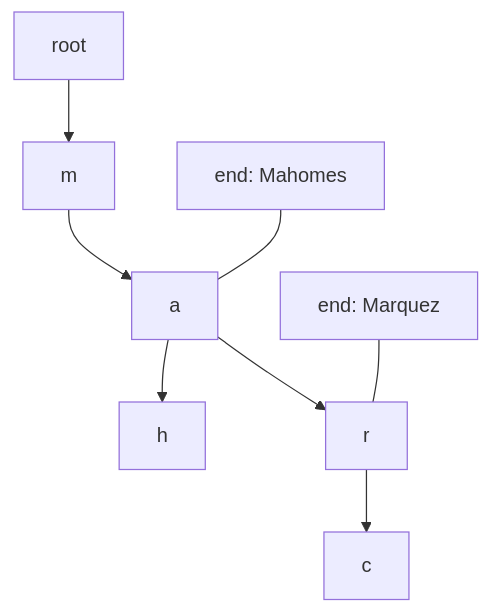
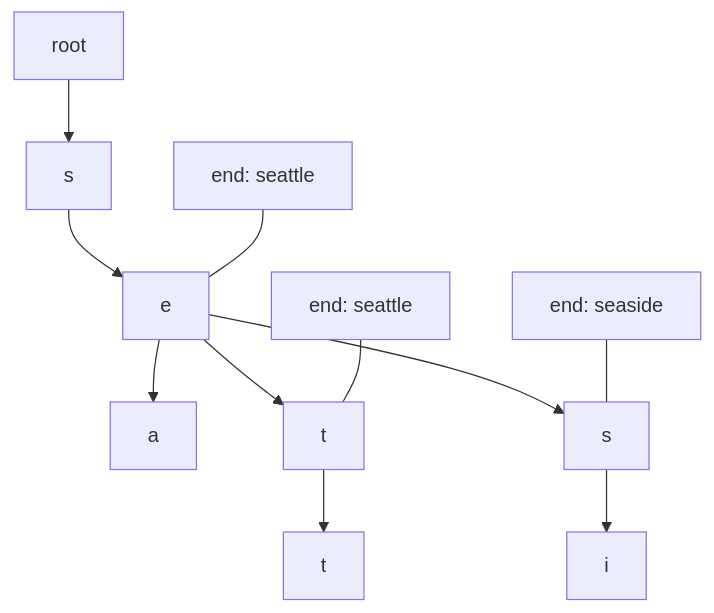
Before and after one commit to qgjones9/python-programming-guide: the first of 8 diagrams in docs/dsa/data-structures/tries/index.md, drawn with Mermaid. The commit also changed other lines of this file and 29 other files, not shown here.

````diff
--- a/docs/dsa/data-structures/tries/index.md
+++ b/docs/dsa/data-structures/tries/index.md
@@ -30,11 +30,14 @@
 ```mermaid
 flowchart TB
   R["root"]
-  R --> M["m"]
-  M --> A["a"]
-  A --> H["h"]
-  AH["end: Mahomes"] --- A
-  A --> R2["r"]
-  R2 --> C["c"]
-  RC["end: Marquez"] --- R2
+  R --> S["s"]
+  S --> E["e"]
+  E --> A["a"]
+  EA["end: seattle"] --- E
+  E --> T["t"]
+  T --> T2["t"]
+  TT["end: seattle"] --- T
+  E --> S2["s"]
+  S2 --> I["i"]
+  SI["end: seaside"] --- S2
 ```
````
